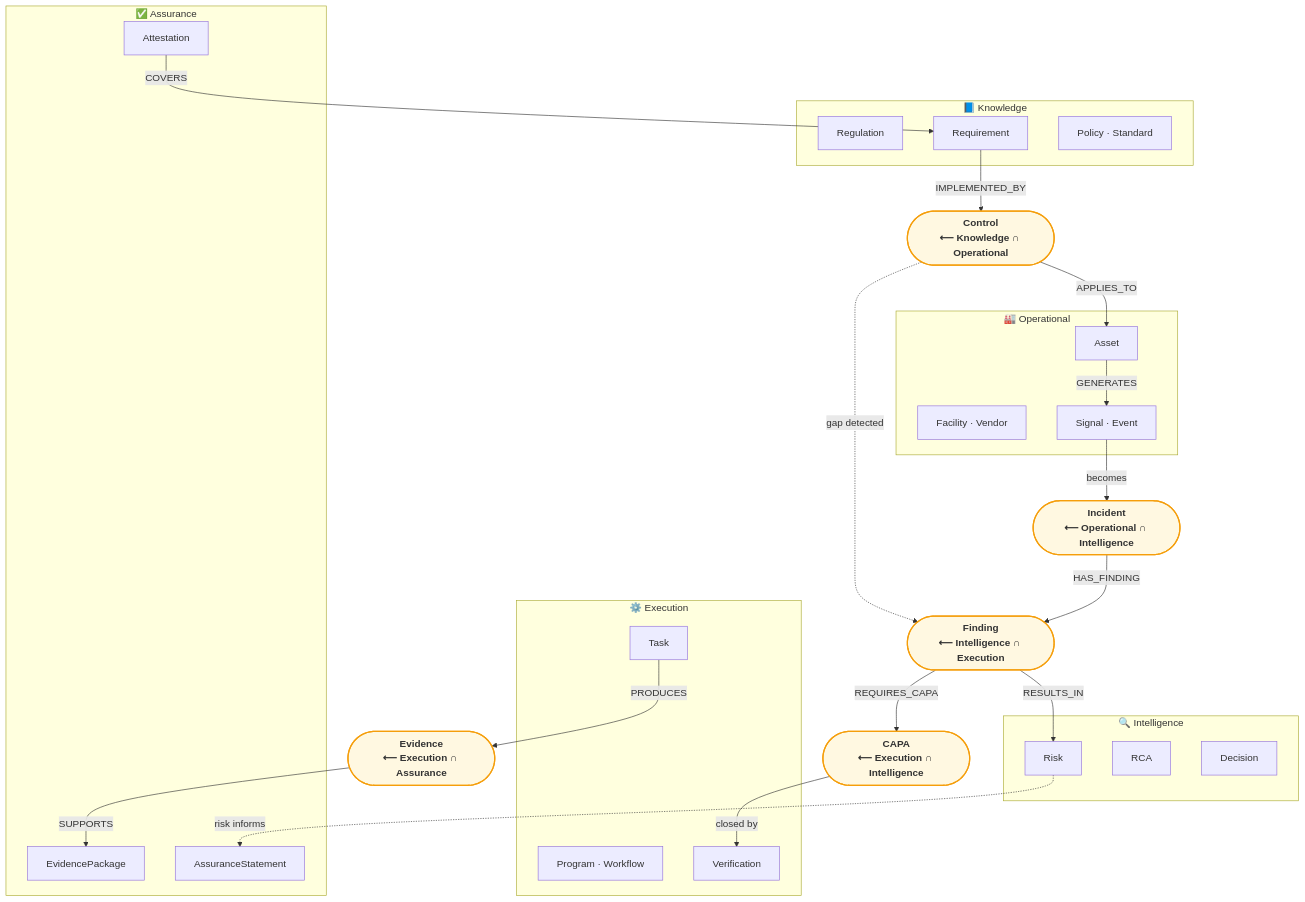
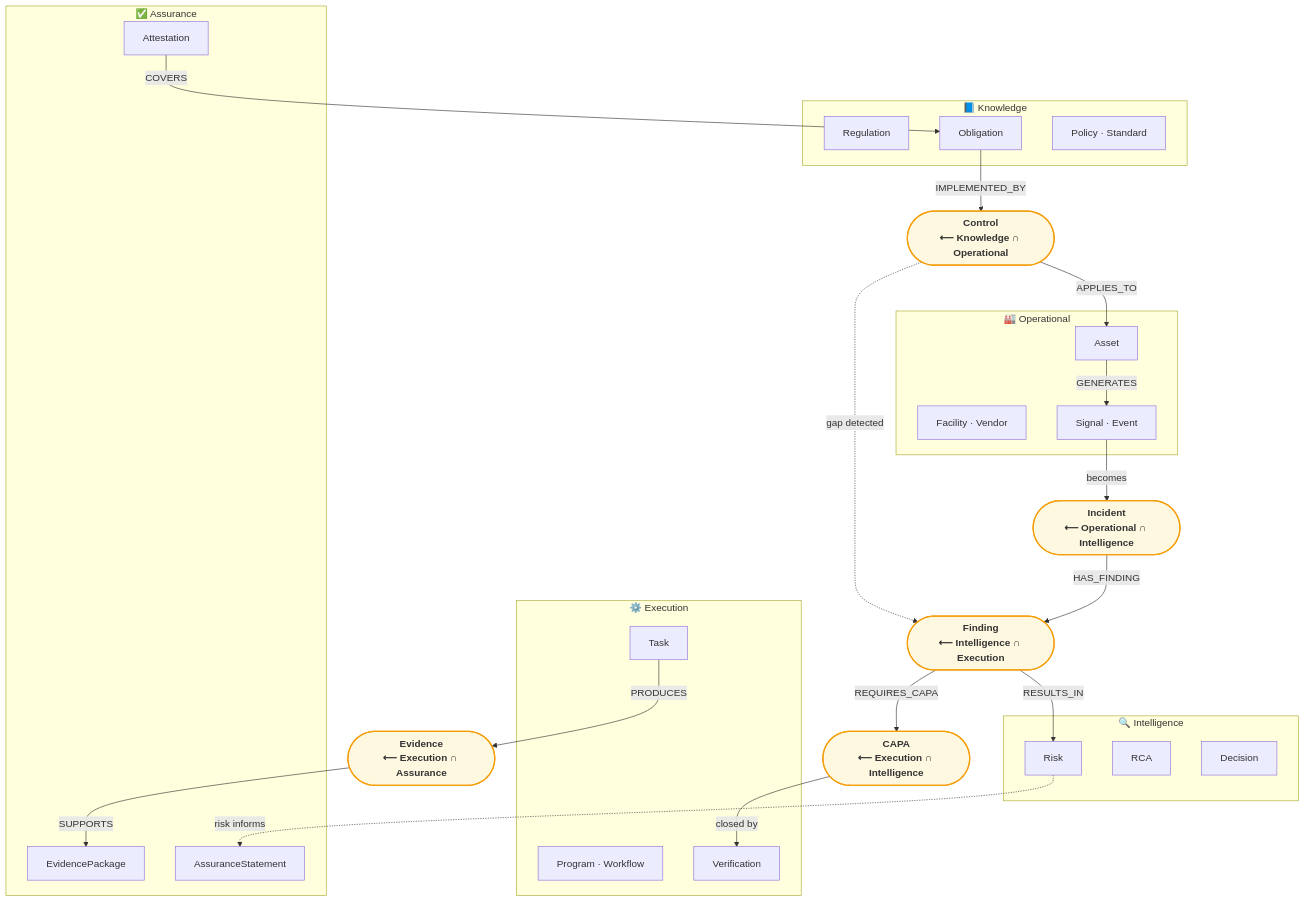
The first of 7 diagrams in .design/vyra-graph-spine.md (k-consult/vyra-v1), drawn with Mermaid before and after one commit. The commit also changed other lines of this file and 24 other files, not shown here.

Commit message:
changed requirement to obligation

````diff
--- a/.design/vyra-graph-spine.md
+++ b/.design/vyra-graph-spine.md
@@ -84,60 +84,60 @@
 ```mermaid
 graph TB
     classDef domain  fill:#f0f4ff,stroke:#4a6fa5,stroke-width:2px,rx:12,ry:12
     classDef bridge  fill:#fff8e1,stroke:#f59e0b,stroke-width:2px,font-weight:bold
     classDef central fill:#fce4ec,stroke:#e53935,stroke-width:2px,font-weight:bold
 
     subgraph KG["📘  Knowledge"]
         K1[Regulation]
-        K2[Requirement]
+        K2[Obligation]
         K3[Policy · Standard]
     end
 
     subgraph EG["⚙️  Execution"]
         E1[Program · Workflow]
         E2[Task]
         E3[Verification]
     end
 
     subgraph OG["🏭  Operational"]
         O1[Facility · Vendor]
         O2[Asset]
         O3[Signal · Event]
     end
 
     subgraph IG["🔍  Intelligence"]
         I1[Risk]
         I2[RCA]
         I3[Decision]
     end
 
     subgraph AG["✅  Assurance"]
         A1[EvidencePackage]
         A2[Attestation]
         A3[AssuranceStatement]
     end
 
     %% ── Bridge nodes at domain intersections ──────────────────────────────
     CTL(["Control\n⟵ Knowledge ∩ Operational"]):::bridge
     INC(["Incident\n⟵ Operational ∩ Intelligence"]):::bridge
     FND(["Finding\n⟵ Intelligence ∩ Execution"]):::bridge
     CAPA(["CAPA\n⟵ Execution ∩ Intelligence"]):::bridge
     EVD(["Evidence\n⟵ Execution ∩ Assurance"]):::bridge
 
     %% ── Compliance loop (clockwise) ───────────────────────────────────────
     K2 -->|"IMPLEMENTED_BY"| CTL
     CTL -->|"APPLIES_TO"| O2
     O2 -->|"GENERATES"| O3
     O3 -->|"becomes"| INC
     INC -->|"HAS_FINDING"| FND
     FND -->|"RESULTS_IN"| I1
     FND -->|"REQUIRES_CAPA"| CAPA
     CAPA -->|"closed by"| E3
     E2 -->|"PRODUCES"| EVD
     EVD -->|"SUPPORTS"| A1
     A2 -->|"COVERS"| K2
 
     %% ── Cross-domain shortcuts ────────────────────────────────────────────
     CTL -.->|"gap detected"| FND
     I1 -.->|"risk informs"| A3
 ```
````
